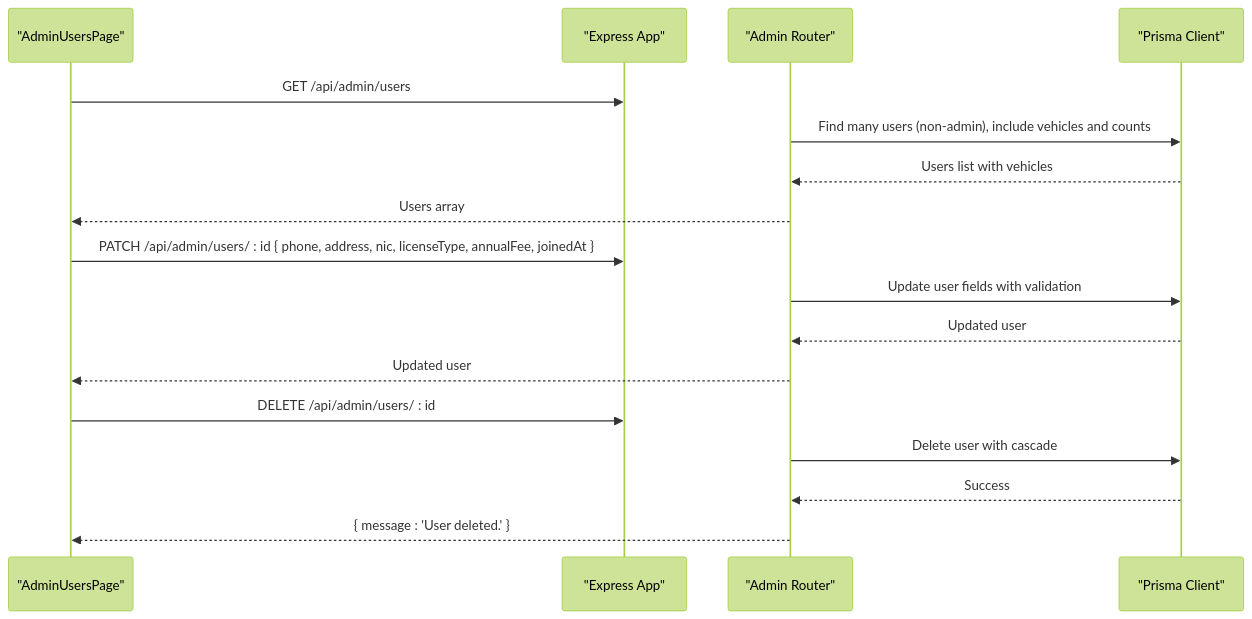
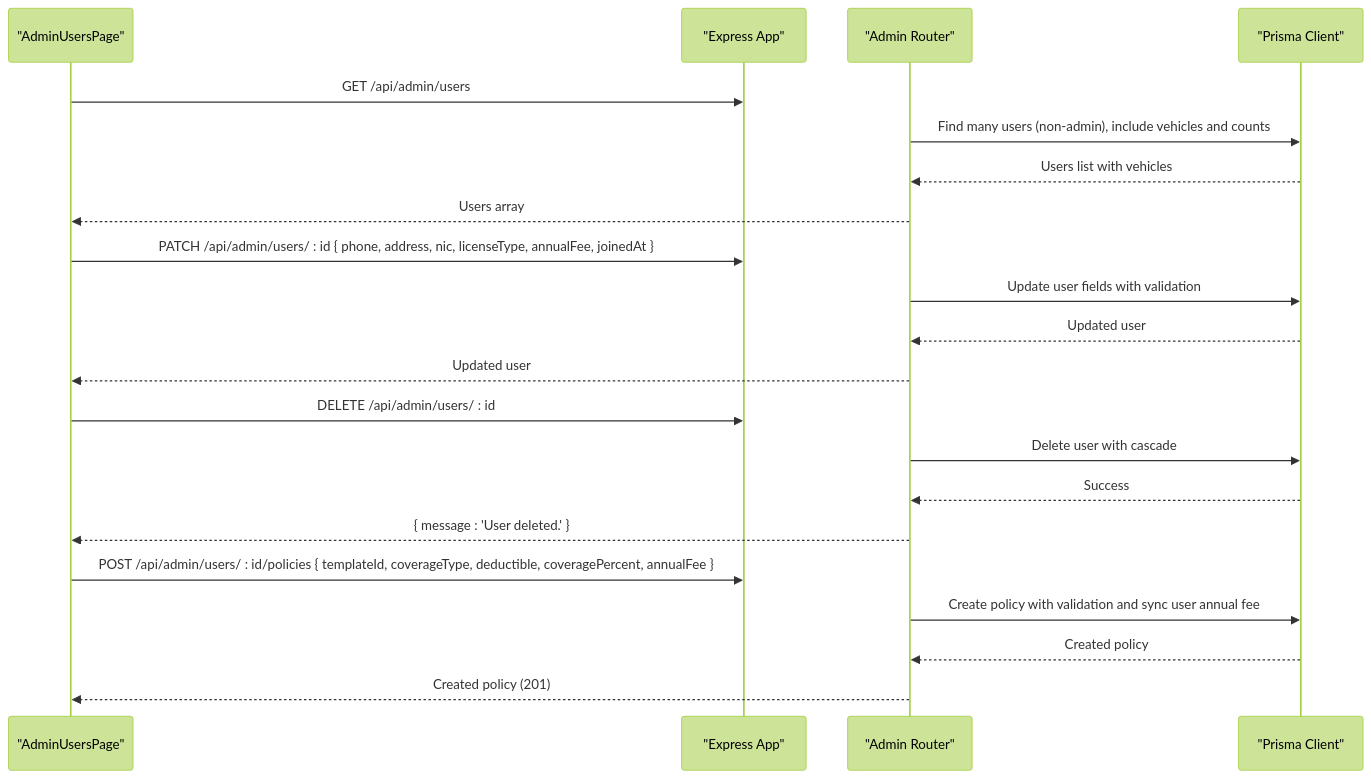
One commit to NaveenHiranya/Smart-Vehicle-Insurance-Claim-System changed the fifth of 12 diagrams in .qoder/repowiki/en/content/Backend Documentation/API Endpoints Reference/Administrative Endpoints.md. Above: the diagram before and after it, drawn with Mermaid (forest theme). The commit also changed other lines of this file and 38 other files, not shown here.

````diff
--- a/.qoder/repowiki/en/content/Backend Documentation/API Endpoints Reference/Administrative Endpoints.md
+++ b/.qoder/repowiki/en/content/Backend Documentation/API Endpoints Reference/Administrative Endpoints.md
@@ -205,19 +213,23 @@
 ```mermaid
 sequenceDiagram
 participant FE as "AdminUsersPage"
 participant API as "Express App"
 participant AR as "Admin Router"
 participant DB as "Prisma Client"
 FE->>API : GET /api/admin/users
 AR->>DB : Find many users (non-admin), include vehicles and counts
 DB-->>AR : Users list with vehicles
 AR-->>FE : Users array
 FE->>API : PATCH /api/admin/users/ : id { phone, address, nic, licenseType, annualFee, joinedAt }
 AR->>DB : Update user fields with validation
 DB-->>AR : Updated user
 AR-->>FE : Updated user
 FE->>API : DELETE /api/admin/users/ : id
 AR->>DB : Delete user with cascade
 DB-->>AR : Success
 AR-->>FE : { message : 'User deleted.' }
+FE->>API : POST /api/admin/users/ : id/policies { templateId, coverageType, deductible, coveragePercent, annualFee }
+AR->>DB : Create policy with validation and sync user annual fee
+DB-->>AR : Created policy
+AR-->>FE : Created policy (201)
 ```
````
